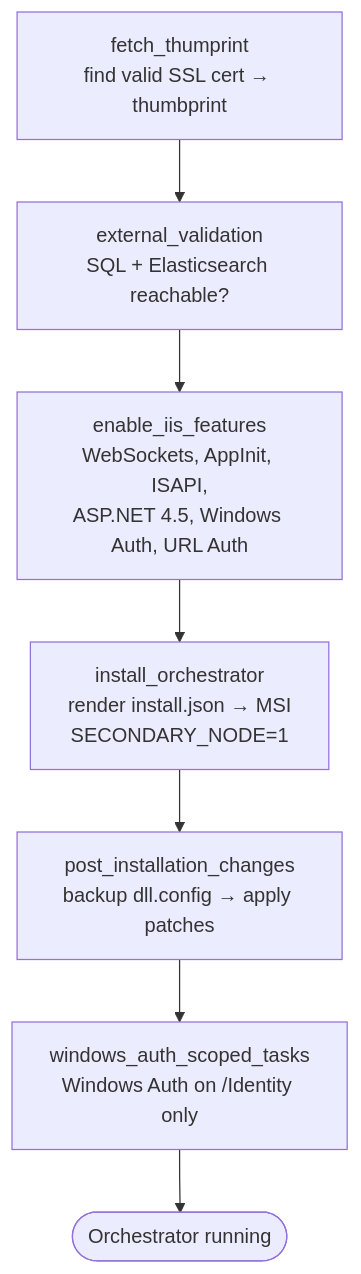
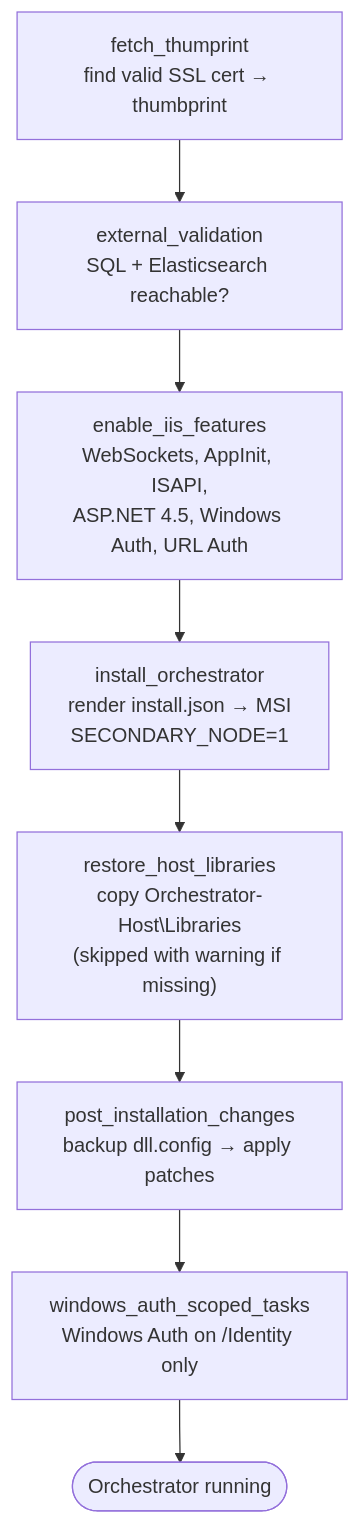
Before and after one commit to kriarun/ansible-lab: the seventh of 9 diagrams in docs/uipath-orchestrator-migration.md, drawn with Mermaid. The commit also changed other lines of this file and 4 other files, not shown here.

````diff
--- a/docs/uipath-orchestrator-migration.md
+++ b/docs/uipath-orchestrator-migration.md
@@ -207,9 +219,10 @@
 ```mermaid
 flowchart TB
     S1["fetch_thumprint<br/>find valid SSL cert → thumbprint"] --> S2["external_validation<br/>SQL + Elasticsearch reachable?"]
     S2 --> S3["enable_iis_features<br/>WebSockets, AppInit, ISAPI,<br/>ASP.NET 4.5, Windows Auth, URL Auth"]
     S3 --> S4["install_orchestrator<br/>render install.json → MSI<br/>SECONDARY_NODE=1"]
-    S4 --> S5["post_installation_changes<br/>backup dll.config → apply patches"]
+    S4 --> S4b["restore_host_libraries<br/>copy Orchestrator-Host\Libraries<br/>(skipped with warning if missing)"]
+    S4b --> S5["post_installation_changes<br/>backup dll.config → apply patches"]
     S5 --> S6["windows_auth_scoped_tasks<br/>Windows Auth on /Identity only"]
     S6 --> OK(["Orchestrator running"])
 ```
````
